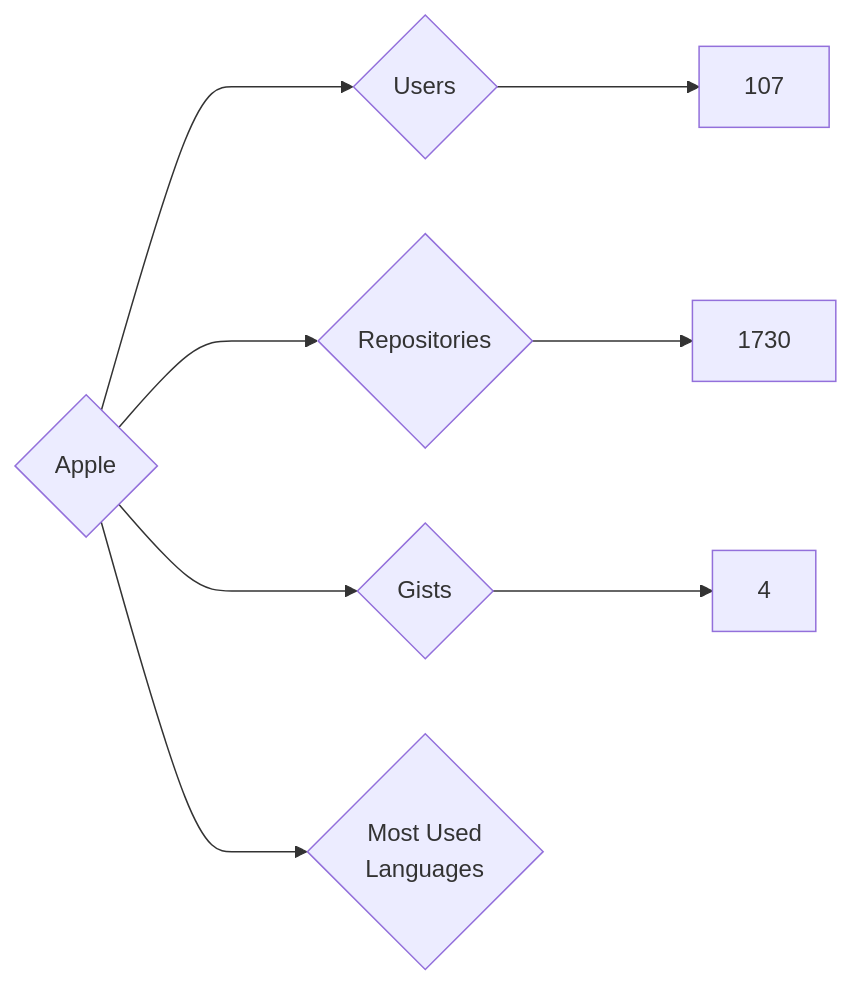
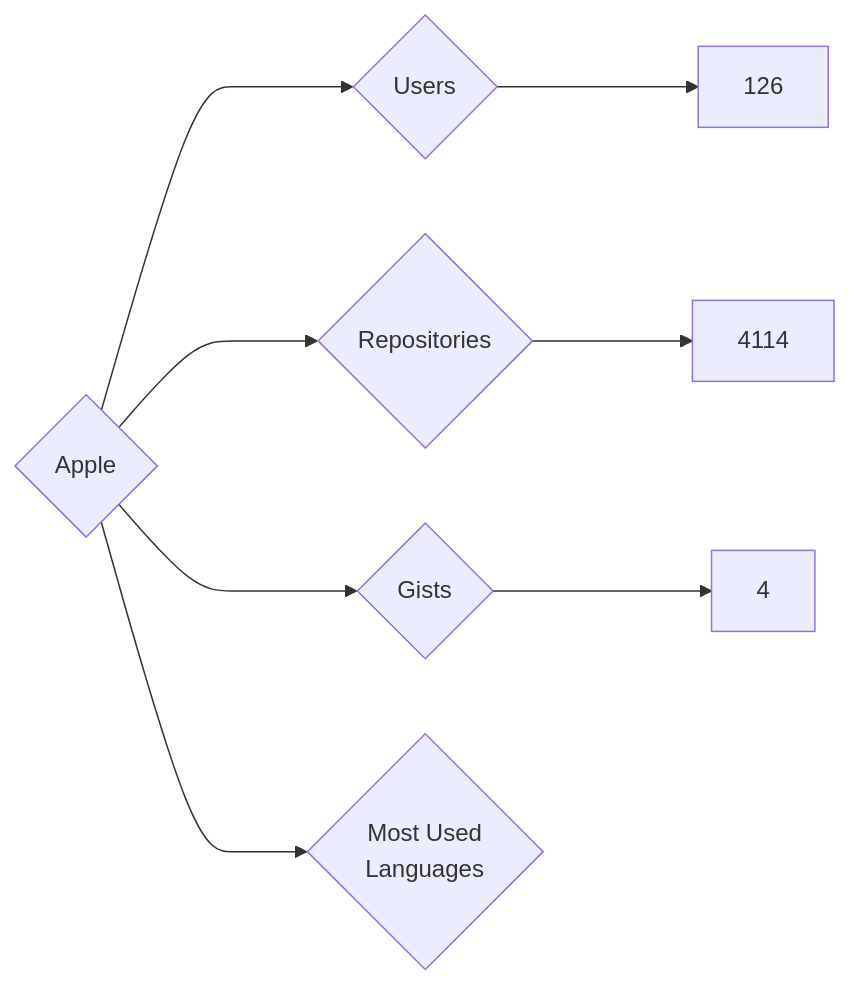
The diagram in targets/Apple/README.md (nenadzaric/insiders), drawn with Mermaid before and after one commit. The commit also changed 53 other files, not shown here.

````diff
--- a/targets/Apple/README.md
+++ b/targets/Apple/README.md
@@ -3,8 +3,8 @@
 ```mermaid
 graph LR
 COMPANY_NAME{Apple}
-COMPANY_NAME ---> U{Users} ---> UN[107]
-COMPANY_NAME ---> R{Repositories} ---> RN[1730]
+COMPANY_NAME ---> U{Users} ---> UN[126]
+COMPANY_NAME ---> R{Repositories} ---> RN[4114]
 COMPANY_NAME ---> G{Gists} ---> GN[4]
 COMPANY_NAME ---> ML{Most Used<br>Languages}
 ```
````
